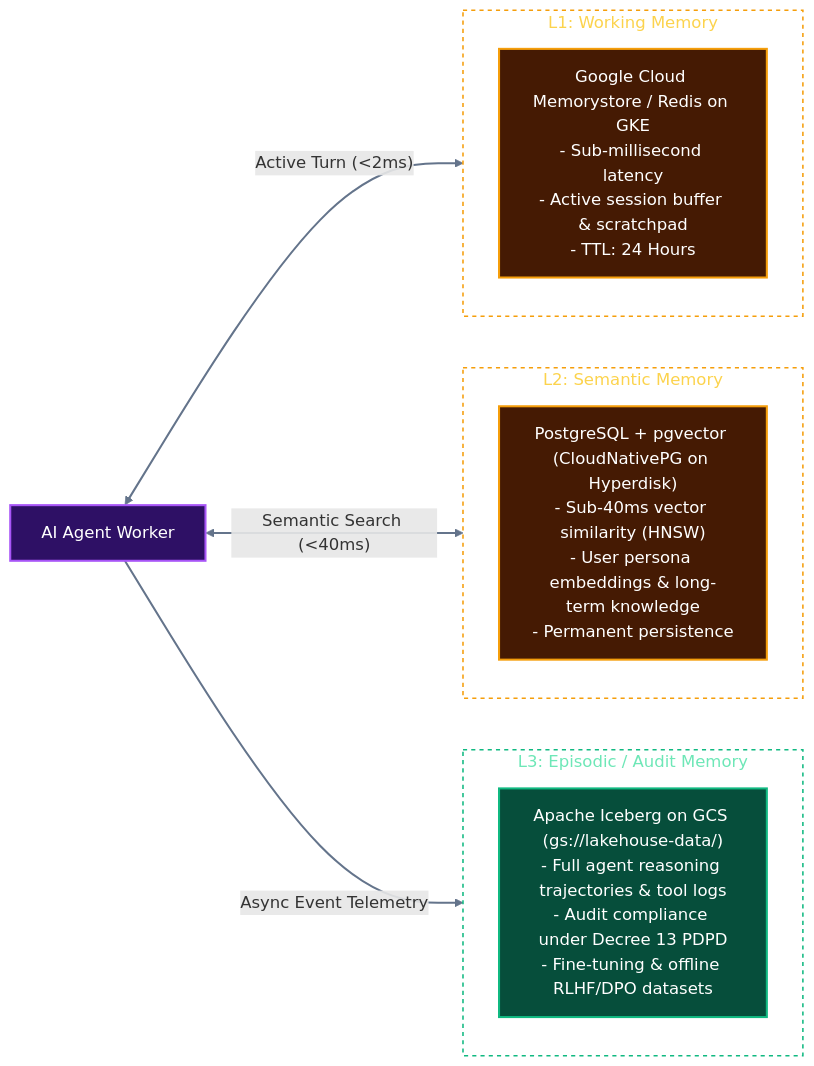
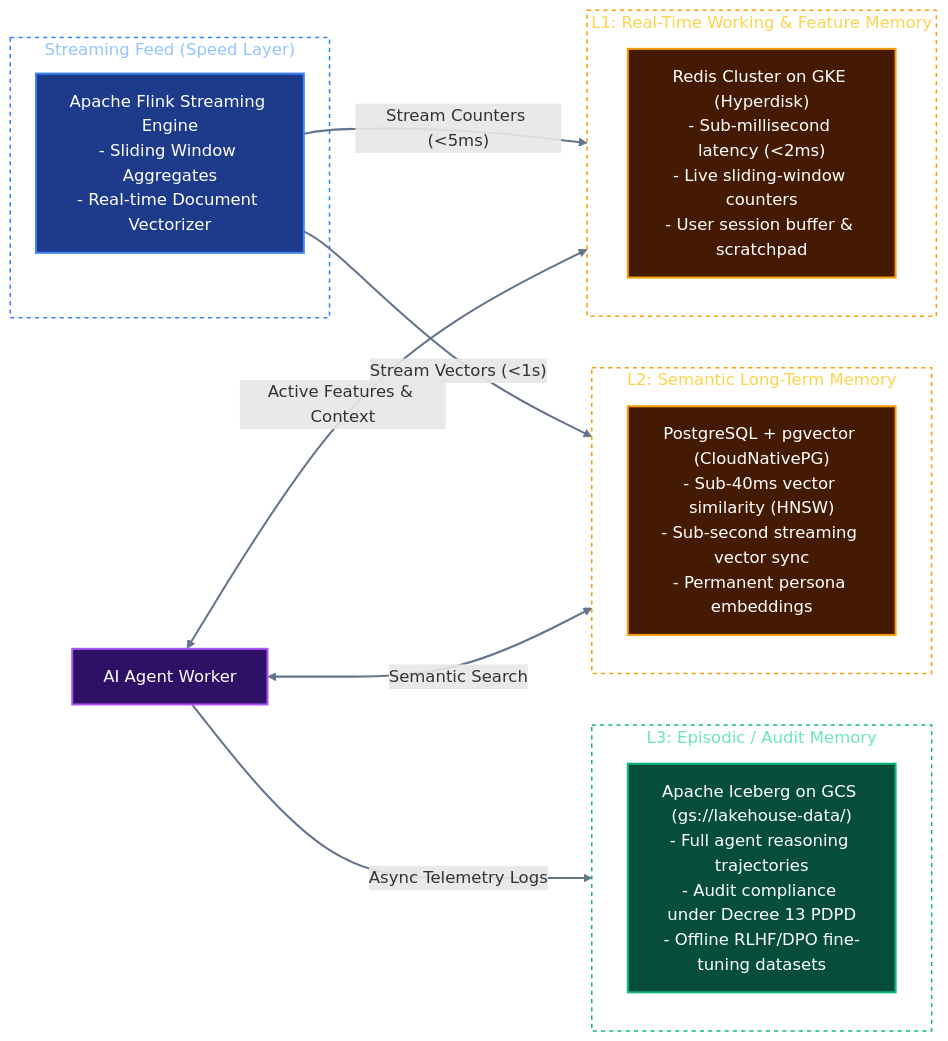
One commit to toanbui626391/data_platform_gcp changed the second of 2 diagrams in docs/architectures/03_ai_agent_and_llm_runtime.md. Above: the diagram before and after it, drawn with Mermaid. The commit also changed other lines of this file and 6 other files, not shown here.

````diff
--- a/docs/architectures/03_ai_agent_and_llm_runtime.md
+++ b/docs/architectures/03_ai_agent_and_llm_runtime.md
@@ -197,33 +214,41 @@
 ```mermaid
 flowchart LR
     Agent["AI Agent Worker"]:::purple
 
-    subgraph L1["L1: Working Memory"]
-        Redis["Google Cloud Memorystore / Redis on GKE\n- Sub-millisecond latency\n- Active session buffer & scratchpad\n- TTL: 24 Hours"]:::warning
+    subgraph L1["L1: Real-Time Working & Feature Memory"]
+        Redis["Redis Cluster on GKE (Hyperdisk)\n- Sub-millisecond latency (<2ms)\n- Live sliding-window counters\n- User session buffer & scratchpad"]:::warning
     end
 
-    subgraph L2["L2: Semantic Memory"]
-        Postgres["PostgreSQL + pgvector (CloudNativePG on Hyperdisk)\n- Sub-40ms vector similarity (HNSW)\n- User persona embeddings & long-term knowledge\n- Permanent persistence"]:::warning
+    subgraph L2["L2: Semantic Long-Term Memory"]
+        Postgres["PostgreSQL + pgvector (CloudNativePG)\n- Sub-40ms vector similarity (HNSW)\n- Sub-second streaming vector sync\n- Permanent persona embeddings"]:::warning
     end
 
     subgraph L3["L3: Episodic / Audit Memory"]
-        Iceberg["Apache Iceberg on GCS (gs://lakehouse-data/)\n- Full agent reasoning trajectories & tool logs\n- Audit compliance under Decree 13 PDPD\n- Fine-tuning & offline RLHF/DPO datasets"]:::success
+        Iceberg["Apache Iceberg on GCS (gs://lakehouse-data/)\n- Full agent reasoning trajectories\n- Audit compliance under Decree 13 PDPD\n- Offline RLHF/DPO fine-tuning datasets"]:::success
     end
 
-    Agent <-->|"Active Turn (<2ms)"| L1
-    Agent <-->|"Semantic Search (<40ms)"| L2
-    Agent -->|"Async Event Telemetry"| L3
+    subgraph StreamingEngine["Streaming Feed (Speed Layer)"]
+        FlinkFeed["Apache Flink Streaming Engine\n- Sliding Window Aggregates\n- Real-time Document Vectorizer"]:::primary
+    end
+
+    FlinkFeed -->|"Stream Counters (<5ms)"| L1
+    FlinkFeed -->|"Stream Vectors (<1s)"| L2
+    Agent <-->|"Active Features & Context"| L1
+    Agent <-->|"Semantic Search"| L2
+    Agent -->|"Async Telemetry Logs"| L3
 
     %% Subgraph Styling (Transparent & Dual-Mode Friendly)
     style L1 fill:none,stroke:#f59e0b,stroke-width:1.5px,stroke-dasharray: 4 4,color:#fcd34d
     style L2 fill:none,stroke:#f59e0b,stroke-width:1.5px,stroke-dasharray: 4 4,color:#fcd34d
     style L3 fill:none,stroke:#10b981,stroke-width:1.5px,stroke-dasharray: 4 4,color:#6ee7b7
+    style StreamingEngine fill:none,stroke:#3b82f6,stroke-width:1.5px,stroke-dasharray: 4 4,color:#93c5fd
 
     %% Link Styling
     linkStyle default stroke:#64748b,stroke-width:2px;
 
     %% Universal Dual-Mode High-Contrast Palette
+    classDef primary fill:#1e3a8a,stroke:#3b82f6,stroke-width:2px,color:#ffffff;
     classDef success fill:#064e3b,stroke:#10b981,stroke-width:2px,color:#ffffff;
     classDef warning fill:#451a03,stroke:#f59e0b,stroke-width:2px,color:#ffffff;
     classDef purple  fill:#2e1065,stroke:#a855f7,stroke-width:2px,color:#ffffff;
 ```
````
